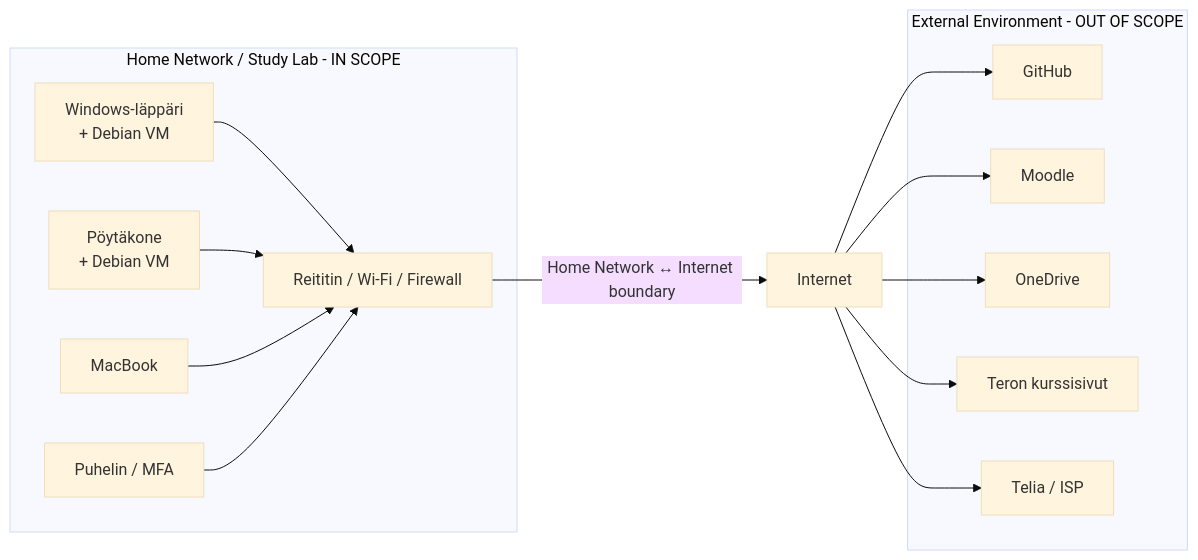
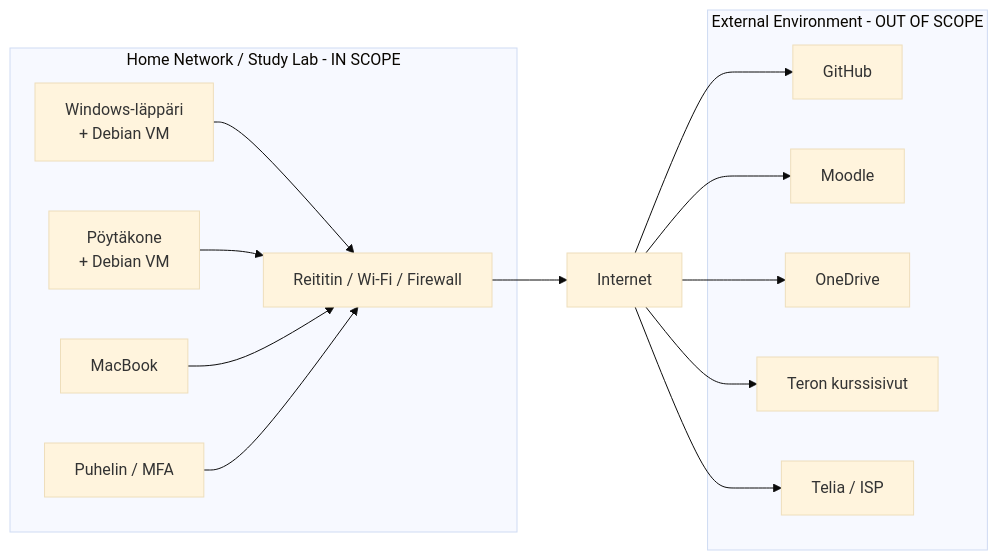
The diagram in h1.md (Ralchuu/sovellustenhakkerointi), drawn with Mermaid (base theme) before and after one commit.

Commit message:
Simplify router connection to Internet

````diff
--- a/h1.md
+++ b/h1.md
@@ -89,31 +89,31 @@
 ```mermaid
 flowchart LR
     subgraph IN["Home Network / Study Lab - IN SCOPE"]
         Laptop["Windows-läppäri<br/>+ Debian VM"]
         Desktop["Pöytäkone<br/>+ Debian VM"]
         Mac["MacBook"]
         Phone["Puhelin / MFA"]
         Router["Reititin / Wi-Fi / Firewall"]
 
         Laptop --> Router
         Desktop --> Router
         Mac --> Router
         Phone --> Router
     end
 
-    Router -->|"Home Network ↔ Internet boundary"| Internet["Internet"]
+    Router --> Internet["Internet"]
 
     subgraph OUT["External Environment - OUT OF SCOPE"]
         GitHub["GitHub"]
         Moodle["Moodle"]
         OneDrive["OneDrive"]
         Tero["Teron kurssisivut"]
         ISP["Telia / ISP"]
     end
 
     Internet --> GitHub
     Internet --> Moodle
     Internet --> OneDrive
     Internet --> Tero
     Internet --> ISP
 ```
````
